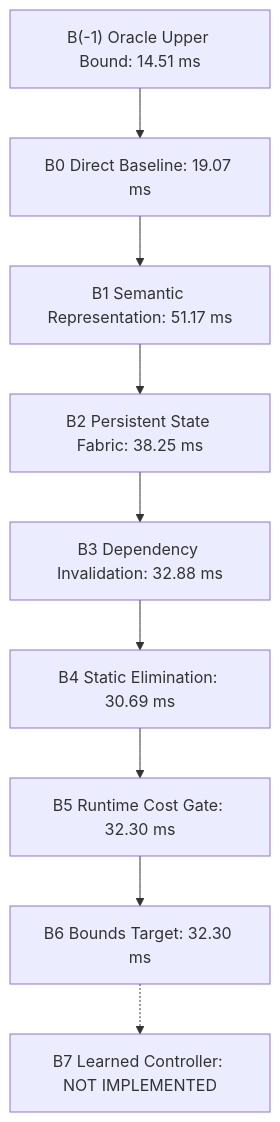
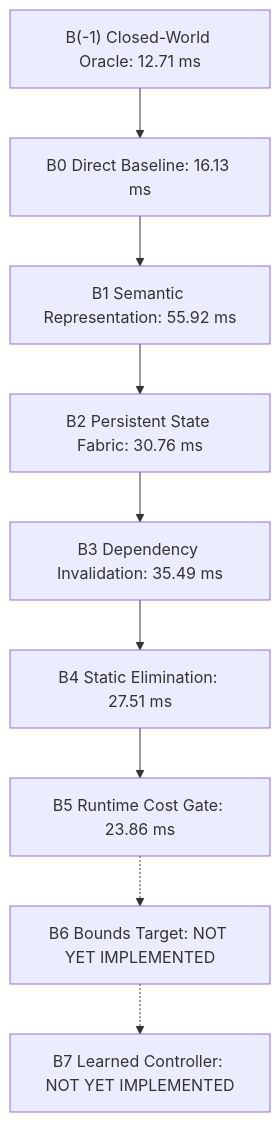
The second of 2 diagrams in docs/BENCHMARK_REPORT.md (PrivateAccount-01/CNE), drawn with Mermaid before and after one commit. The commit also changed other lines of this file and 25 other files, not shown here.

````diff
--- a/docs/BENCHMARK_REPORT.md
+++ b/docs/BENCHMARK_REPORT.md
@@ -87,11 +87,11 @@
 ```mermaid
 graph TD
-    Bm1["B(-1) Oracle Upper Bound: 14.51 ms"] --> B0["B0 Direct Baseline: 19.07 ms"]
-    B0 --> B1["B1 Semantic Representation: 51.17 ms"]
-    B1 --> B2["B2 Persistent State Fabric: 38.25 ms"]
-    B2 --> B3["B3 Dependency Invalidation: 32.88 ms"]
-    B3 --> B4["B4 Static Elimination: 30.69 ms"]
-    B4 --> B5["B5 Runtime Cost Gate: 32.30 ms"]
-    B5 --> B6["B6 Bounds Target: 32.30 ms"]
-    B6 -.-> B7["B7 Learned Controller: NOT IMPLEMENTED"]
+    Bm1["B(-1) Closed-World Oracle: 12.71 ms"] --> B0["B0 Direct Baseline: 16.13 ms"]
+    B0 --> B1["B1 Semantic Representation: 55.92 ms"]
+    B1 --> B2["B2 Persistent State Fabric: 30.76 ms"]
+    B2 --> B3["B3 Dependency Invalidation: 35.49 ms"]
+    B3 --> B4["B4 Static Elimination: 27.51 ms"]
+    B4 --> B5["B5 Runtime Cost Gate: 23.86 ms"]
+    B5 -.-> B6["B6 Bounds Target: NOT YET IMPLEMENTED"]
+    B6 -.-> B7["B7 Learned Controller: NOT YET IMPLEMENTED"]
 ```
````
